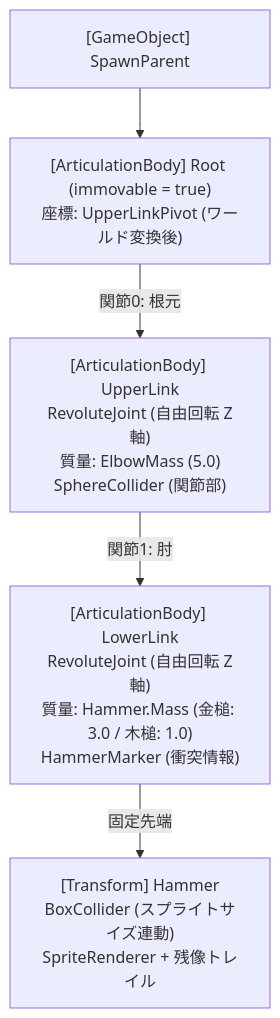
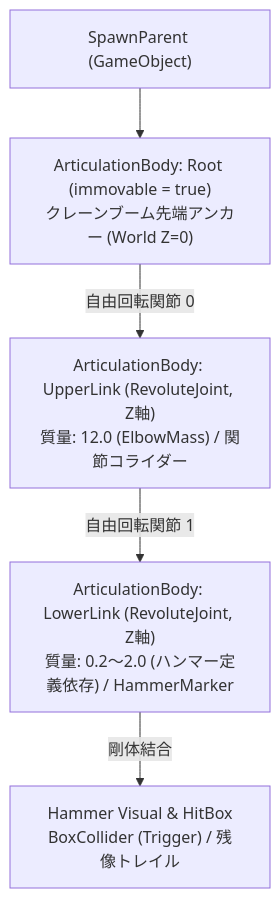
Before and after one commit to aptmara/Crane-Public: the fifth of 8 diagrams in README.md, drawn with Mermaid. The commit also changed other lines of this file and 7 other files, not shown here.

````diff
--- a/README.md
+++ b/README.md
@@ -208,13 +308,13 @@
 ```mermaid
 graph TD
-    Parent["[GameObject] SpawnParent"]
-    Root["[ArticulationBody] Root (immovable = true)<br/>座標: UpperLinkPivot (ワールド変換後)"]
-    Upper["[ArticulationBody] UpperLink<br/>RevoluteJoint (自由回転 Z軸)<br/>質量: ElbowMass (5.0)<br/>SphereCollider (関節部)"]
-    Lower["[ArticulationBody] LowerLink<br/>RevoluteJoint (自由回転 Z軸)<br/>質量: Hammer.Mass (金槌: 3.0 / 木槌: 1.0)<br/>HammerMarker (衝突情報)"]
-    Hammer["[Transform] Hammer<br/>BoxCollider (スプライトサイズ連動)<br/>SpriteRenderer + 残像トレイル"]
+    Parent["SpawnParent (GameObject)"]
+    Root["ArticulationBody: Root (immovable = true)<br/>クレーンブーム先端アンカー (World Z=0)"]
+    Upper["ArticulationBody: UpperLink (RevoluteJoint, Z軸)<br/>質量: 12.0 (ElbowMass) / 関節コライダー"]
+    Lower["ArticulationBody: LowerLink (RevoluteJoint, Z軸)<br/>質量: 0.2〜2.0 (ハンマー定義依存) / HammerMarker"]
+    Hammer["Hammer Visual & HitBox<br/>BoxCollider (Trigger) / 残像トレイル"]
 
     Parent --> Root
-    Root -->|関節0: 根元| Upper
-    Upper -->|関節1: 肘| Lower
-    Lower -->|固定先端| Hammer
+    Root -->|自由回転関節 0| Upper
+    Upper -->|自由回転関節 1| Lower
+    Lower -->|剛体結合| Hammer
 ```
````
